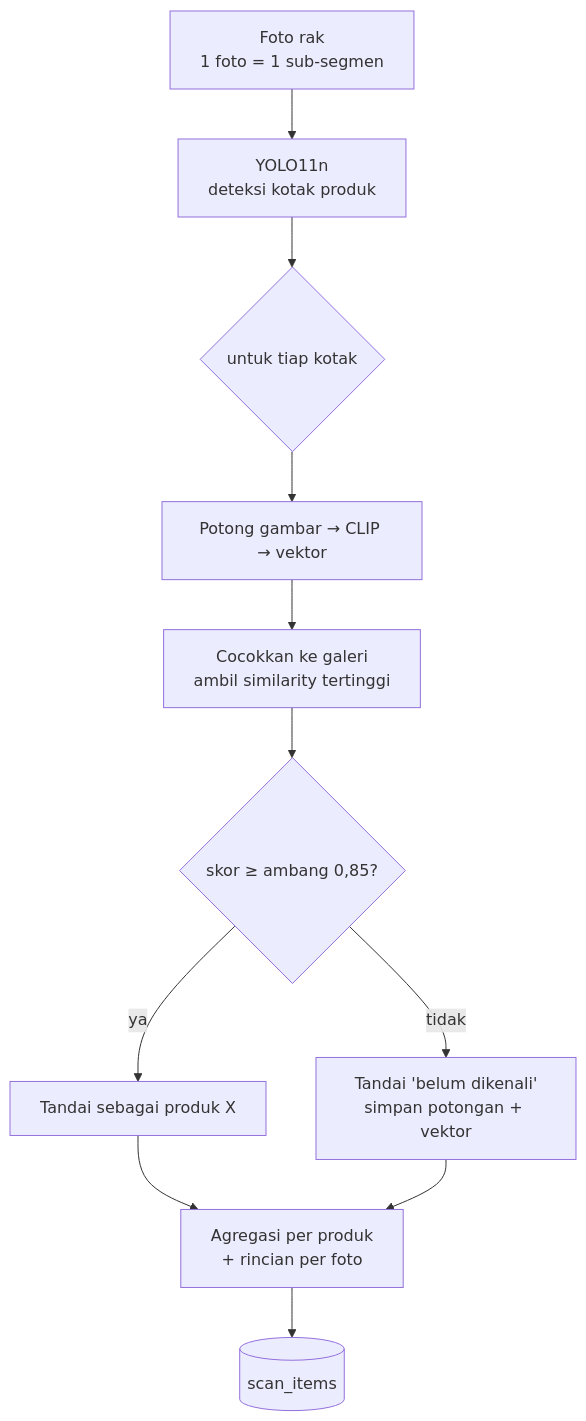
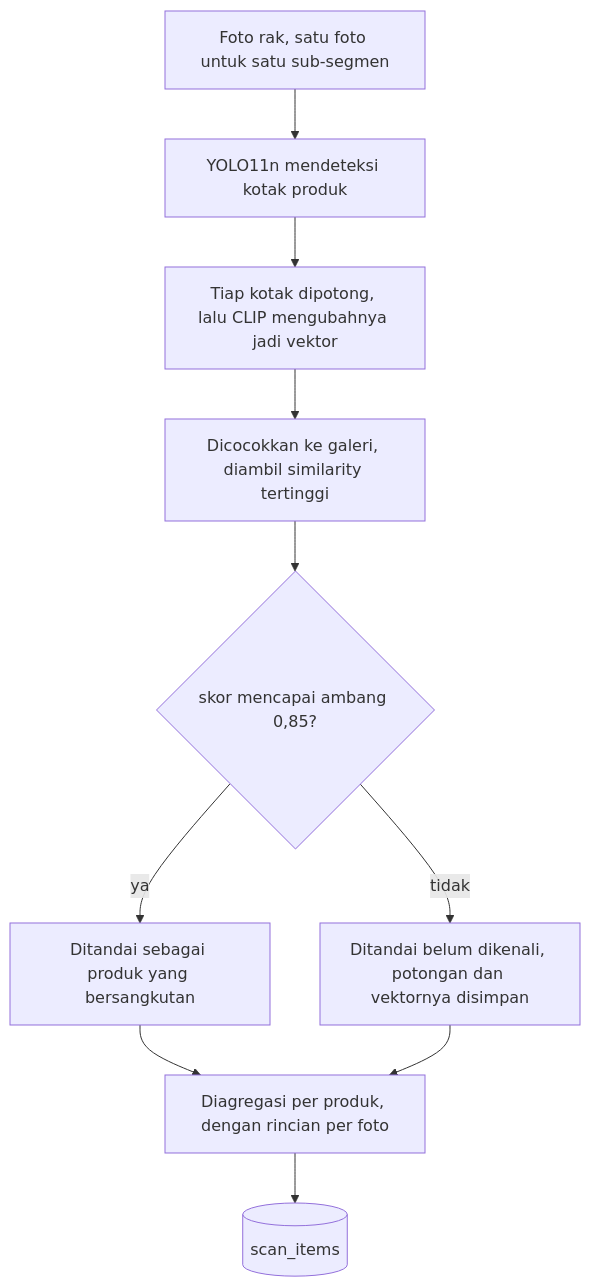
Before and after one commit to marshal-rizky/Stocklens: the fourth of 11 diagrams in docs/proposal/DRAFT-PROPOSAL.md, drawn with Mermaid. The commit also changed other lines of this file and 2 other files, not shown here.

````diff
--- a/docs/proposal/DRAFT-PROPOSAL.md
+++ b/docs/proposal/DRAFT-PROPOSAL.md
@@ -197,13 +185,16 @@
 ```mermaid
 flowchart TB
-    P1["Foto rak<br/>1 foto = 1 sub-segmen"] --> P2["YOLO11n<br/>deteksi kotak produk"]
-    P2 --> P3{"untuk tiap kotak"}
-    P3 --> P4["Potong gambar → CLIP → vektor"]
-    P4 --> P5["Cocokkan ke galeri<br/>ambil similarity tertinggi"]
-    P5 --> P6{"skor ≥ ambang 0,85?"}
-    P6 -- ya --> P7["Tandai sebagai produk X"]
-    P6 -- tidak --> P8["Tandai 'belum dikenali'<br/>simpan potongan + vektor"]
-    P7 --> P9["Agregasi per produk<br/>+ rincian per foto"]
+    P1["Foto rak, satu foto untuk satu sub-segmen"]
+    P2["YOLO11n mendeteksi kotak produk"]
+    P3["Tiap kotak dipotong, lalu CLIP mengubahnya jadi vektor"]
+    P4["Dicocokkan ke galeri, diambil similarity tertinggi"]
+    P5{"skor mencapai ambang 0,85?"}
+    P6["Ditandai sebagai produk yang bersangkutan"]
+    P7["Ditandai belum dikenali, potongan dan vektornya disimpan"]
+    P8["Diagregasi per produk, dengan rincian per foto"]
+    P9[("scan_items")]
+    P1 --> P2 --> P3 --> P4 --> P5
+    P5 -- ya --> P6 --> P8
+    P5 -- tidak --> P7 --> P8
     P8 --> P9
-    P9 --> P10[("scan_items")]
 ```
````
